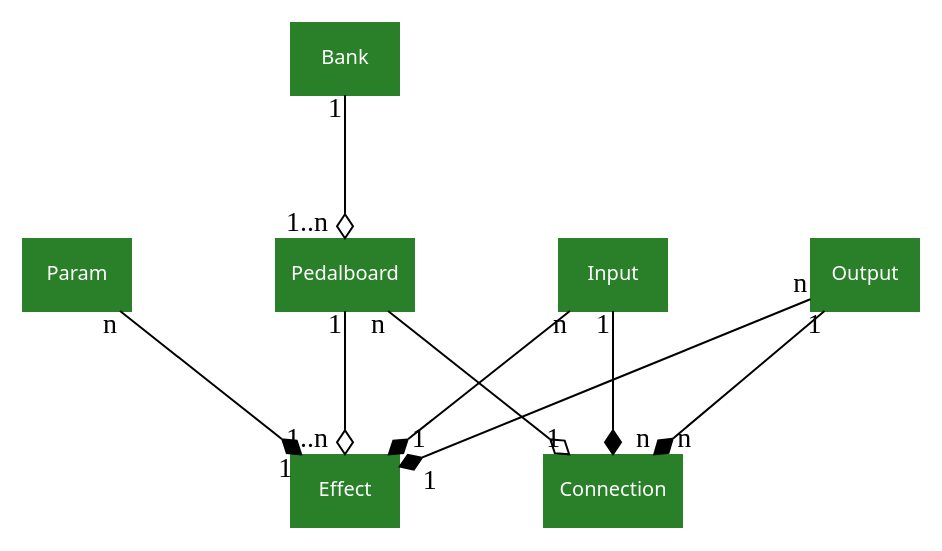
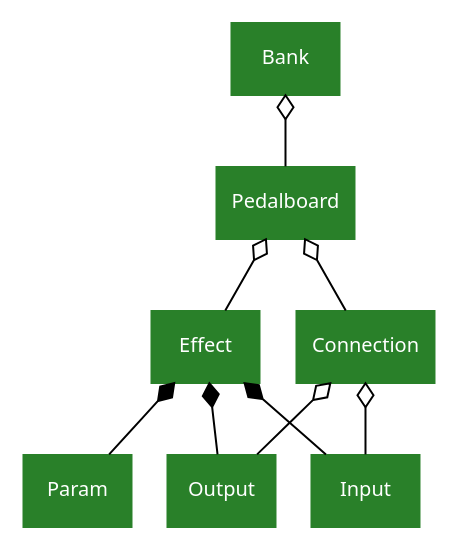
The first of 3 diagrams in docs/source/model.rst (PedalPi/PluginsManager), drawn with Graphviz before and after one commit. The commit also changed other lines of this file and 5 other files, not shown here.

```diff
--- a/docs/source/model.rst
+++ b/docs/source/model.rst
@@ -6,42 +6,33 @@
 .. graphviz::
 
-   digraph classes {
-       graph [rankdir=TB, nodesep=1, ranksep=1];
+    digraph classes {
+        graph [rankdir=BT];
 
-       node [shape=rect, style=filled, color="#298029", fontname=Sans, fontcolor="#ffffff", fontsize=10];
+        node [shape=rect, style=filled, color="#298029", fontname=Sans, fontcolor="#ffffff", fontsize=10];
 
-       Bank->Pedalboard [
-           dir="forward", arrowhead="odiamond", arrowtail="normal"
-           headlabel= "       1..n", taillabel="1"
-       ];
-       Pedalboard->Effect [
-           dir="forward", arrowhead="odiamond", arrowtail="normal",
-           headlabel= "       1..n", taillabel="1"
-       ];
-       Param->Effect [
-           dir="backward", arrowhead="diamond", arrowtail="normal",
-           headlabel= "   1", taillabel="n"
-       ];
-       Pedalboard->Connection [
-           dir="forward", arrowhead="odiamond", arrowtail="normal",
-           headlabel= "   1", taillabel="n"
-       ];
-       Input->Effect [
-           dir="backward", arrowhead="diamond", arrowtail="normal",
-           headlabel= "   1", taillabel="n"
-       ];
-       Output->Effect [
-           dir="backward", arrowhead="diamond", arrowtail="normal",
-           headlabel= "   1", taillabel="n"
-       ];
+        Pedalboard->Bank [
+            dir="forward", arrowhead="odiamond", arrowtail="normal"
+        ];
+        Effect->Pedalboard [
+            dir="forward", arrowhead="odiamond", arrowtail="normal"
+        ];
+        Param->Effect [
+            dir="backward", arrowhead="diamond", arrowtail="normal"
+        ];
+        Connection->Pedalboard [
+            dir="forward", arrowhead="odiamond", arrowtail="normal"
+        ];
+        Input->Effect [
+            dir="backward", arrowhead="diamond", arrowtail="normal"
+        ];
+        Output->Effect [
+           dir="backward", arrowhead="diamond", arrowtail="normal"
+        ];
 
-
-       Input->Connection [
-           dir="backward", arrowhead="diamond", arrowtail="normal",
-           headlabel= "   n", taillabel="1",
-       ];
-       Output->Connection [
-           dir="backward", arrowhead="diamond", arrowtail="normal",
-           headlabel= "   n", taillabel="1"
-       ];
+        Input->Connection [
+            dir="backward", arrowhead="odiamond", arrowtail="normal"
+        ];
+        Output->Connection [
+            dir="backward", arrowhead="odiamond", arrowtail="normal"
+        ];
    }
```
